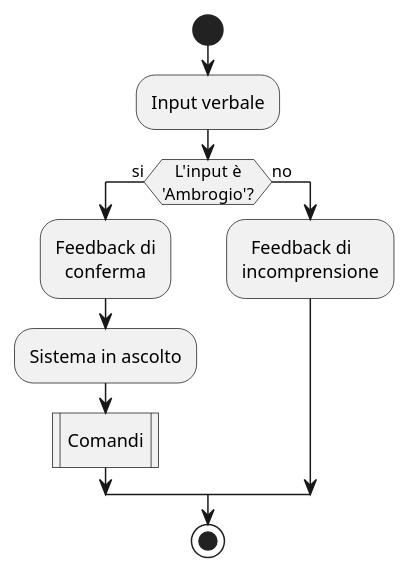
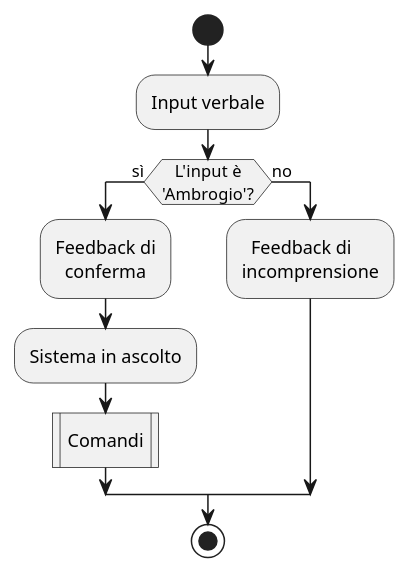
Before and after one commit to Andribi/AmbrogioDiagrams: the diagram in A3.puml, drawn with PlantUML. The commit also changed 2 other files, not shown here.

```diff
--- a/A3.puml
+++ b/A3.puml
@@ -1,17 +1,17 @@
 @startuml
 'Requisito 2.1 Riconoscimento della keyword
 '3.1 e 3.2 Gestione degli input/output
 
 skinparam ConditionEndStyle hline
 
 start
 :Input verbale;
-if (   L'input è \n'Ambrogio'?) then (si)
+if (   L'input è \n'Ambrogio'?) then (sì)
 :Feedback di\n  conferma;
 :Sistema in ascolto;
 :Comandi|
 else (no)
 :  Feedback di\nincomprensione;
 Endif
 stop
 @enduml
```
